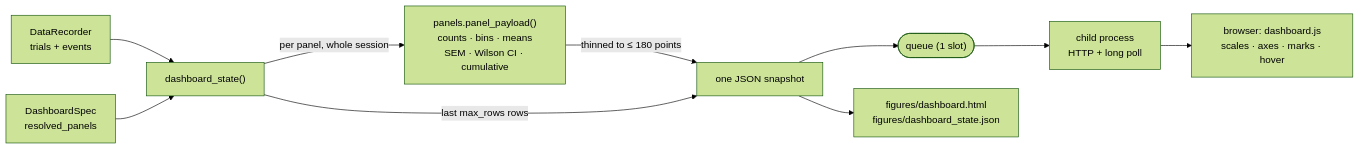
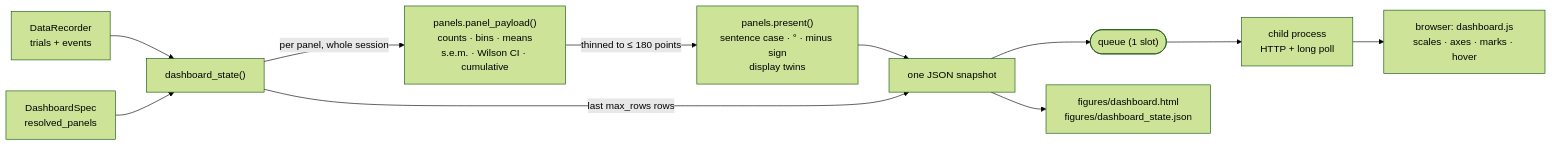
Before and after one commit to sh4r11f/alhazen: the diagram in docs/dashboard.md, drawn with Mermaid (forest theme). The commit also changed other lines of this file and 8 other files, not shown here.

````diff
--- a/docs/dashboard.md
+++ b/docs/dashboard.md
@@ -70,12 +70,13 @@
 ```mermaid
 flowchart LR
   R["DataRecorder<br/>trials + events"] --> S["dashboard_state()"]
   P["DashboardSpec<br/>resolved_panels"] --> S
-  S -->|"per panel, whole session"| C["panels.panel_payload()<br/>counts · bins · means<br/>SEM · Wilson CI · cumulative"]
-  C -->|"thinned to &le; 180 points"| W["one JSON snapshot"]
+  S -->|"per panel, whole session"| C["panels.panel_payload()<br/>counts · bins · means<br/>s.e.m. · Wilson CI · cumulative"]
+  C -->|"thinned to &le; 180 points"| N["panels.present()<br/>sentence case · ° · minus sign<br/>display twins"]
+  N --> W["one JSON snapshot"]
   S -->|"last max_rows rows"| W
   W --> Q(["queue (1 slot)"])
   Q --> H["child process<br/>HTTP + long poll"]
   H --> B["browser: dashboard.js<br/>scales · axes · marks · hover"]
   W --> F["figures/dashboard.html<br/>figures/dashboard_state.json"]
 ```
````
